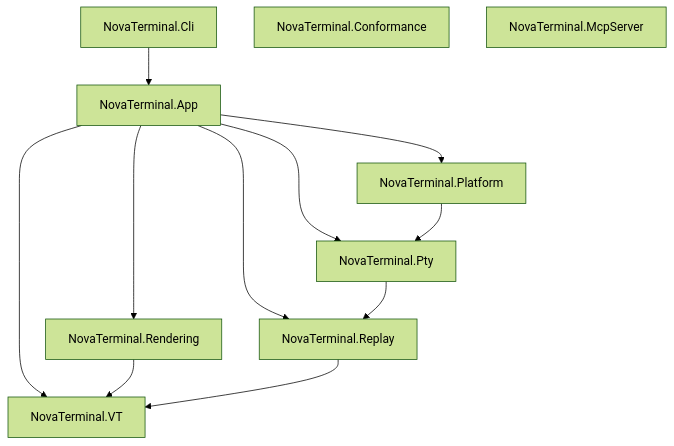
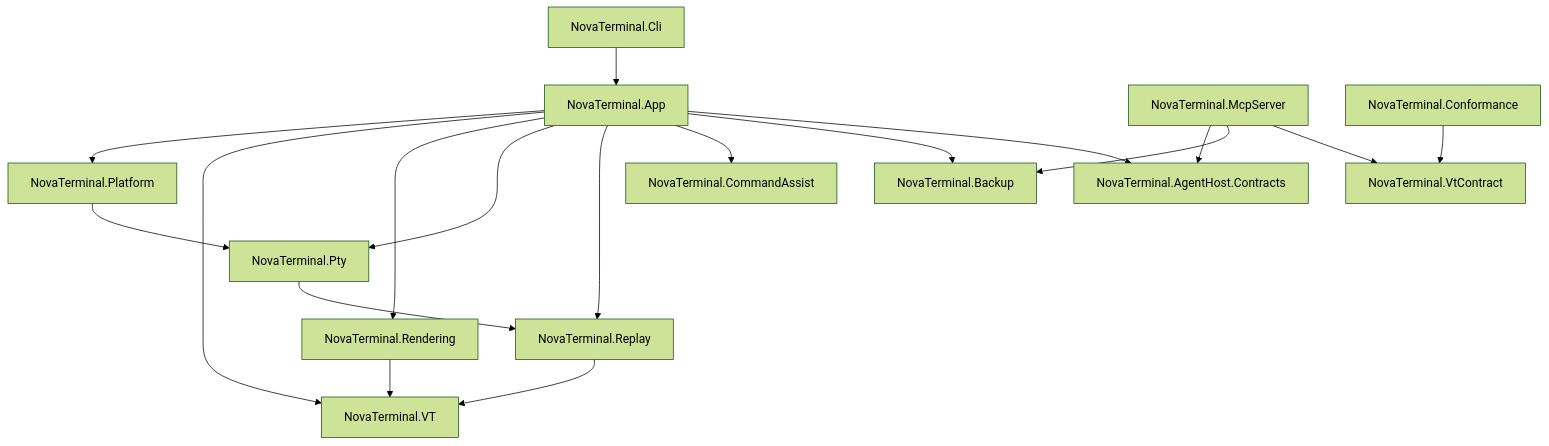
One commit to benyblack/NovaTerminal changed the diagram in README.md. Above: the diagram before and after it, drawn with Mermaid (forest theme). The commit also changed other lines of this file and 5 other files, not shown here.

````diff
--- a/README.md
+++ b/README.md
@@ -318,15 +330,20 @@
 ```mermaid
 graph TD
     Cli[NovaTerminal.Cli] --> App[NovaTerminal.App]
     App --> Platform[NovaTerminal.Platform]
     App --> VT[NovaTerminal.VT]
     App --> Rendering[NovaTerminal.Rendering]
     App --> Pty[NovaTerminal.Pty]
     App --> Replay[NovaTerminal.Replay]
+    App --> CommandAssist[NovaTerminal.CommandAssist]
+    App --> Backup[NovaTerminal.Backup]
+    App --> Contracts[NovaTerminal.AgentHost.Contracts]
     Platform --> Pty
     Pty --> Replay
     Rendering --> VT
     Replay --> VT
-    Conformance[NovaTerminal.Conformance]
-    McpServer[NovaTerminal.McpServer]
+    McpServer[NovaTerminal.McpServer] --> Contracts
+    McpServer --> Backup
+    McpServer --> VtContract[NovaTerminal.VtContract]
+    Conformance[NovaTerminal.Conformance] --> VtContract
 ```
````
